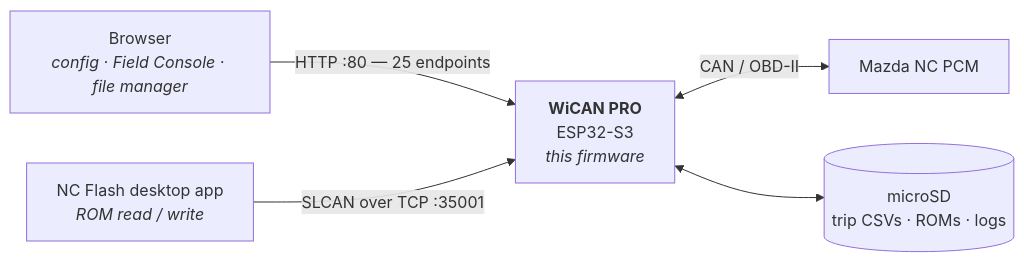
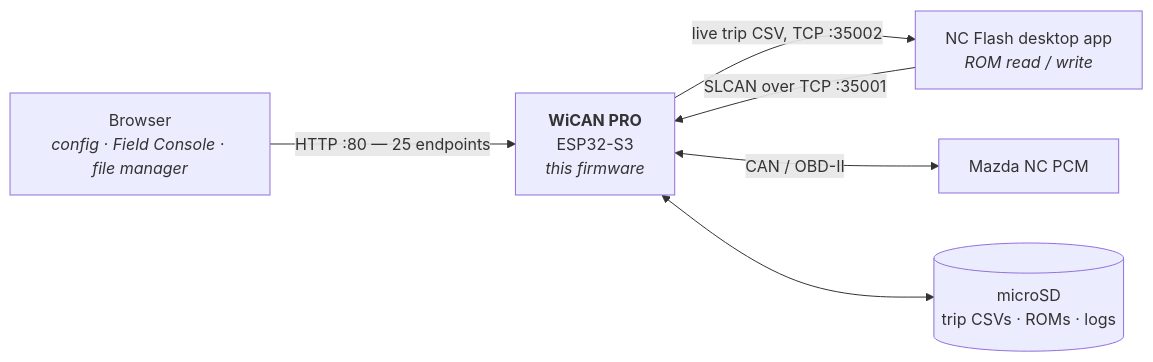
Before and after one commit to cdufresne81/nc-flash-wican-fw: the first of 5 diagrams in docs/internals/architecture.md, drawn with Mermaid. The commit also changed other lines of this file and 10 other files, not shown here.

First line of the commit message:
feat(stream): live trip-CSV tail on port 35002 (#3)

````diff
--- a/docs/internals/architecture.md
+++ b/docs/internals/architecture.md
@@ -146,13 +146,14 @@
 ```mermaid
 flowchart LR
     BROWSER["Browser<br/><i>config · Field Console · file manager</i>"]
     NCFLASH["NC Flash desktop app<br/><i>ROM read / write</i>"]
     DEV["<b>WiCAN PRO</b><br/>ESP32-S3<br/><i>this firmware</i>"]
     ECU["Mazda NC PCM"]
     SD[("microSD<br/>trip CSVs · ROMs · logs")]
 
     BROWSER -->|"HTTP :80 — 25 endpoints"| DEV
     NCFLASH -->|"SLCAN over TCP :35001"| DEV
+    DEV -->|"live trip CSV, TCP :35002"| NCFLASH
     DEV <-->|"CAN / OBD-II"| ECU
     DEV <--> SD
 ```
````
